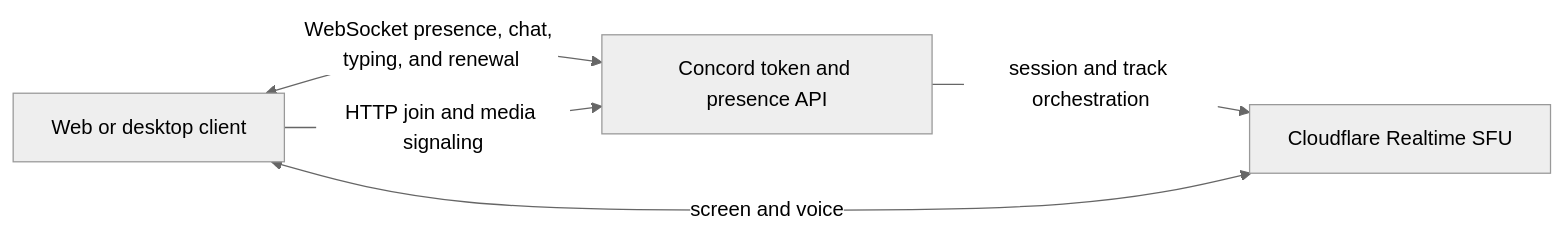
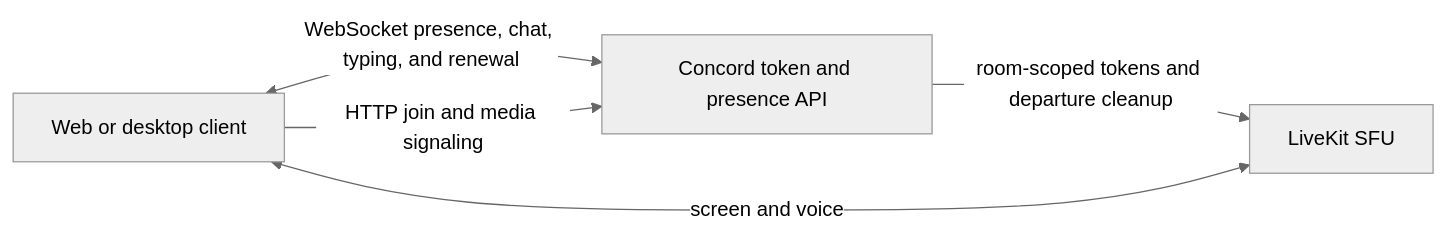
The diagram in README.md (Jovem-Blood/Concord), drawn with Mermaid (neutral theme) before and after one commit. The commit also changed other lines of this file and 28 other files, not shown here.

Commit message:
feat: integrate LiveKit Cloud media transport

````diff
--- a/README.md
+++ b/README.md
@@ -64,11 +64,11 @@
 ```mermaid
 flowchart LR
   Client[Web or desktop client]
   API[Concord token and presence API]
-  SFU[Cloudflare Realtime SFU]
+  SFU[LiveKit SFU]
 
   Client <-->|WebSocket presence, chat, typing, and renewal| API
   Client -->|HTTP join and media signaling| API
-  API -->|session and track orchestration| SFU
+  API -->|room-scoped tokens and departure cleanup| SFU
   Client <-->|screen and voice| SFU
 ```
````
